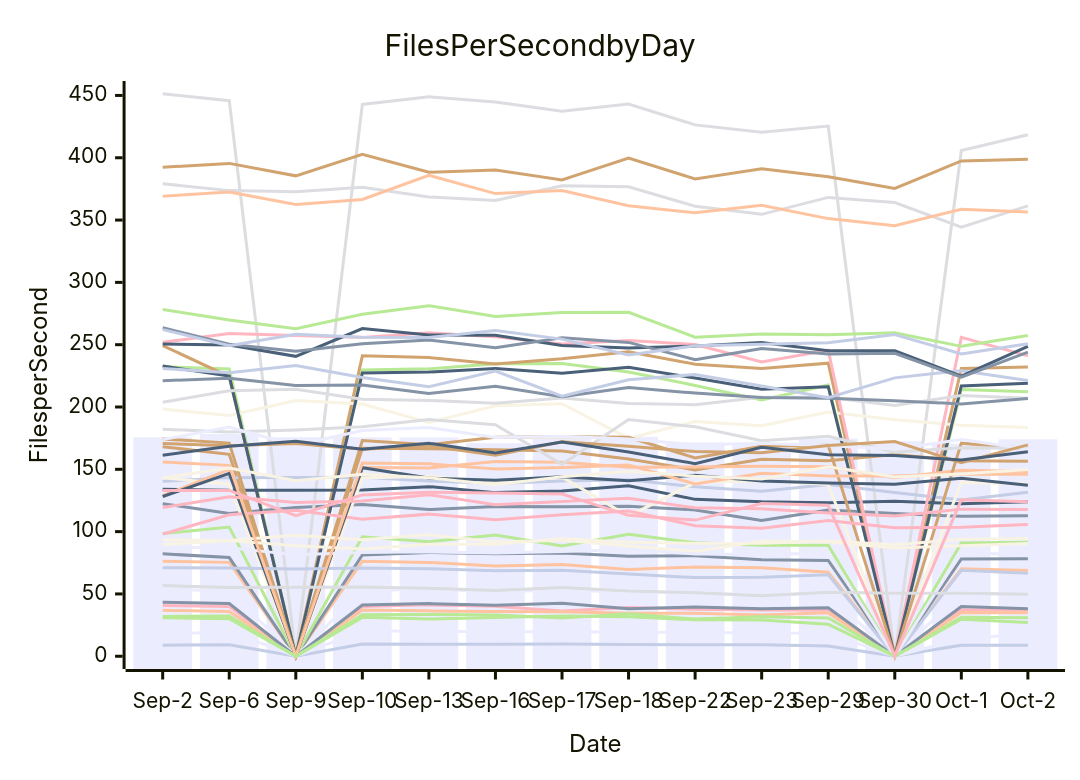
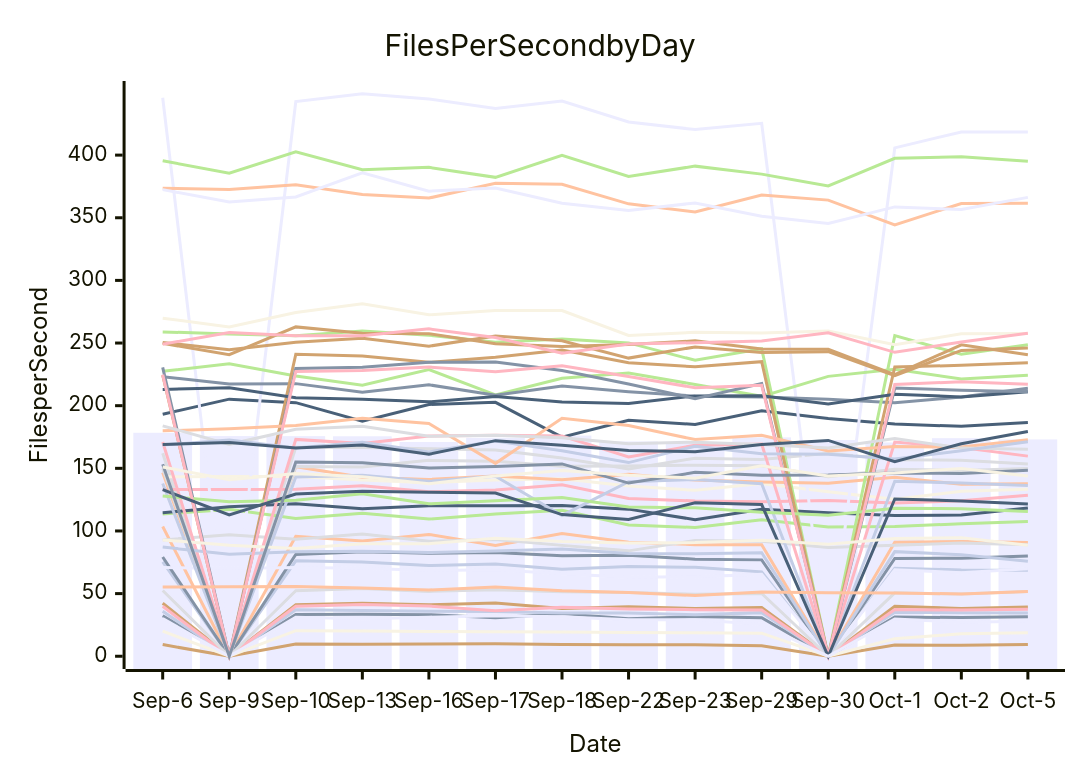
Before and after one commit to streetsidesoftware/cspell: the diagram in perf-report.md, drawn with Mermaid. The commit also changed other lines of this file and 1 other file, not shown here.

````diff
--- a/perf-report.md
+++ b/perf-report.md
@@ -10,56 +10,56 @@
 ```mermaid
 xychart-beta
     title Files Per Second by Day
     y-axis Files per Second
-    x-axis Date [Sep-2, Sep-6, Sep-9, Sep-10, Sep-13, Sep-16, Sep-17, Sep-18, Sep-22, Sep-23, Sep-29, Sep-30, Oct-1, Oct-2]
-    bar [175.68, 178.38, 175.73, 175.70, 175.56, 170.99, 174.42, 176.15, 171.49, 170.60, 174.68, 172.58, 170.62, 174.06]
-    line [122.42, 114.54, 119.33, 121.78, 117.69, 120.09, 120.05, 120.31, 117.43, 109.01, 117.33, 114.51, 112.29, 112.71]
-    line [76.26, 75.33, 0.00, 76.18, 75.30, 72.34, 73.59, 69.54, 71.59, 70.97, 67.35, 0.00, 70.29, 68.90]
-    line [451.36, 445.82, 0.00, 442.79, 448.98, 444.77, 437.29, 443.15, 426.39, 420.42, 425.42, 0.00, 405.76, 418.50]
-    line [232.38, 230.54, 0.00, 229.61, 230.62, 234.72, 234.92, 228.04, 217.32, 205.66, 217.69, 0.00, 214.10, 212.26]
-    line [249.29, 224.39, 0.00, 241.04, 239.64, 234.60, 238.64, 244.36, 234.31, 230.98, 235.16, 0.00, 230.90, 232.18]
-    line [8.92, 9.30, 0.00, 9.85, 9.67, 9.68, 9.92, 9.37, 9.23, 9.26, 8.29, 0.00, 8.90, 8.75]
-    line [40.72, 39.85, 0.00, 39.94, 41.26, 40.08, 36.34, 39.18, 37.74, 37.18, 36.89, 0.00, 37.27, 36.89]
-    line [134.10, 133.16, 133.12, 133.37, 136.08, 131.30, 132.64, 136.81, 125.88, 123.97, 123.26, 124.35, 122.36, 124.05]
-    line [198.37, 193.18, 205.21, 202.42, 187.59, 200.94, 202.64, 174.86, 188.42, 184.98, 195.97, 189.74, 185.35, 183.52]
-    line [17.23, 19.98, 0.00, 20.38, 20.10, 19.75, 19.58, 19.44, 18.99, 18.71, 18.44, 0.00, 13.99, 17.93]
-    line [82.19, 79.19, 0.00, 81.30, 83.34, 82.19, 82.78, 80.29, 80.65, 77.47, 76.93, 0.00, 78.07, 78.18]
-    line [36.83, 35.85, 0.00, 37.06, 36.42, 35.98, 35.70, 34.54, 34.55, 33.11, 34.81, 0.00, 35.17, 34.81]
-    line [379.20, 373.63, 372.65, 376.36, 368.52, 365.71, 377.56, 376.77, 361.09, 354.59, 368.19, 364.07, 344.36, 361.41]
-    line [98.44, 103.61, 0.00, 95.82, 91.96, 97.25, 88.47, 97.89, 91.06, 89.08, 89.06, 0.00, 90.96, 91.55]
-    line [168.11, 162.00, 0.00, 166.81, 166.56, 165.69, 164.68, 158.25, 149.51, 158.09, 156.96, 161.98, 156.93, 156.41]
-    line [140.40, 143.33, 143.38, 143.55, 140.59, 138.57, 140.62, 141.72, 135.93, 132.42, 137.90, 131.39, 125.40, 131.62]
-    line [251.96, 258.89, 257.30, 255.86, 259.52, 256.30, 250.62, 253.31, 250.10, 236.21, 245.48, 0.00, 255.93, 241.02]
-    line [232.84, 224.81, 0.00, 227.34, 228.09, 230.87, 227.16, 231.88, 223.22, 214.31, 216.24, 0.00, 216.91, 219.11]
-    line [143.31, 137.86, 0.00, 143.10, 144.41, 139.70, 143.74, 112.39, 139.33, 141.10, 137.72, 0.00, 139.61, 138.23]
-    line [53.54, 52.52, 0.00, 52.32, 54.12, 51.77, 53.09, 51.40, 50.85, 49.44, 50.07, 0.00, 50.63, 49.63]
-    line [43.29, 42.33, 0.00, 41.15, 42.24, 41.01, 42.53, 38.05, 39.43, 38.14, 38.94, 0.00, 39.96, 38.12]
-    line [128.81, 149.88, 0.00, 151.49, 151.06, 156.36, 155.63, 151.63, 151.94, 152.50, 152.06, 143.32, 149.19, 148.32]
-    line [203.78, 213.00, 214.26, 206.28, 205.22, 203.09, 207.23, 202.88, 201.82, 207.79, 207.90, 201.29, 209.19, 206.95]
-    line [278.30, 269.85, 262.88, 274.40, 281.31, 272.54, 275.91, 275.97, 256.03, 258.54, 258.01, 259.58, 248.67, 257.34]
-    line [174.42, 171.06, 0.00, 173.10, 169.76, 175.73, 176.36, 175.75, 159.14, 168.41, 169.31, 0.00, 170.99, 166.63]
-    line [71.07, 70.80, 70.10, 70.83, 70.27, 68.51, 69.01, 65.91, 63.15, 63.41, 65.35, 0.00, 69.02, 66.69]
-    line [98.03, 113.59, 117.23, 110.00, 114.04, 109.51, 113.51, 116.46, 104.81, 102.79, 108.89, 103.13, 103.52, 105.79]
-    line [128.16, 146.70, 0.00, 151.25, 142.95, 141.14, 143.95, 140.92, 145.29, 140.59, 139.11, 138.01, 142.88, 137.23]
-    line [93.42, 92.85, 96.99, 93.46, 97.52, 91.70, 93.14, 88.50, 84.12, 92.41, 91.76, 86.84, 88.64, 90.41]
-    line [87.46, 87.14, 81.35, 83.34, 83.78, 82.79, 83.96, 85.57, 82.01, 81.81, 82.67, 0.00, 83.49, 80.99]
-    line [221.13, 223.08, 217.30, 217.60, 210.80, 216.66, 208.33, 215.69, 211.15, 207.60, 206.93, 205.06, 202.44, 206.85]
-    line [369.19, 372.46, 362.58, 366.57, 385.92, 371.23, 373.66, 361.57, 355.78, 361.81, 351.17, 345.43, 358.65, 356.52]
-    line [182.17, 179.93, 181.55, 184.12, 189.95, 185.74, 153.97, 189.99, 184.11, 172.95, 176.46, 163.78, 167.39, 166.94]
-    line [31.96, 32.39, 0.00, 33.27, 33.48, 33.18, 30.65, 34.02, 29.87, 31.63, 30.68, 0.00, 31.32, 30.89]
-    line [392.41, 395.48, 385.49, 402.68, 388.38, 390.24, 382.26, 399.81, 383.04, 391.20, 384.82, 375.34, 397.41, 398.74]
-    line [230.93, 227.50, 233.38, 223.69, 216.25, 228.77, 208.66, 221.89, 226.09, 216.90, 207.46, 223.39, 229.16, 221.30]
-    line [119.32, 127.89, 123.29, 124.49, 129.64, 121.66, 124.08, 126.72, 119.08, 118.45, 114.87, 112.49, 118.05, 117.81]
-    line [250.46, 249.77, 240.66, 262.89, 257.78, 257.49, 249.43, 247.25, 248.88, 251.75, 245.20, 245.06, 224.85, 248.59]
-    line [89.68, 92.88, 88.59, 86.05, 89.85, 89.86, 94.27, 91.54, 90.45, 90.71, 92.55, 89.39, 93.96, 94.53]
-    line [173.82, 183.91, 169.15, 181.18, 183.51, 175.60, 176.44, 174.39, 169.65, 170.91, 168.95, 166.28, 173.86, 166.13]
-    line [263.57, 250.38, 244.75, 250.69, 253.77, 247.48, 255.65, 251.83, 237.98, 246.89, 242.54, 243.09, 224.03, 244.08]
-    line [155.92, 153.19, 0.00, 155.03, 154.46, 150.27, 151.44, 153.53, 138.23, 146.78, 144.54, 144.66, 146.29, 145.95]
-    line [56.79, 55.22, 55.40, 55.63, 54.54, 52.86, 55.21, 52.35, 50.94, 48.45, 51.30, 50.59, 50.58, 49.72]
-    line [30.96, 30.04, 0.00, 31.22, 29.93, 31.17, 32.23, 31.60, 29.23, 29.18, 25.62, 0.00, 29.72, 27.11]
-    line [170.71, 168.98, 170.63, 166.15, 168.68, 161.23, 172.09, 168.48, 164.20, 163.31, 169.03, 172.29, 155.24, 169.60]
-    line [262.12, 249.11, 258.37, 255.88, 255.75, 261.30, 254.48, 241.79, 249.14, 250.28, 251.57, 258.18, 242.58, 250.83]
-    line [133.06, 133.03, 112.77, 129.44, 131.63, 130.97, 130.22, 113.06, 109.25, 122.56, 121.09, 0.00, 125.59, 123.97]
-    line [161.33, 168.54, 172.61, 166.17, 170.88, 163.08, 171.82, 163.97, 154.58, 167.67, 161.60, 161.14, 157.44, 164.03]
-    line [143.06, 151.08, 140.90, 145.94, 143.19, 137.67, 143.95, 148.30, 144.49, 142.14, 152.04, 143.84, 146.29, 149.93]
+    x-axis Date [Sep-6, Sep-9, Sep-10, Sep-13, Sep-16, Sep-17, Sep-18, Sep-22, Sep-23, Sep-29, Sep-30, Oct-1, Oct-2, Oct-5]
+    bar [178.38, 175.73, 175.70, 175.56, 170.99, 174.42, 176.15, 171.49, 170.60, 174.68, 172.58, 170.62, 174.06, 173.05]
+    line [32.39, 0.00, 33.27, 33.48, 33.18, 30.65, 34.02, 29.87, 31.63, 30.68, 0.00, 31.32, 30.89, 31.47]
+    line [103.61, 0.00, 95.82, 91.96, 97.25, 88.47, 97.89, 91.06, 89.08, 89.06, 0.00, 90.96, 91.55, 90.76]
+    line [162.00, 0.00, 166.81, 166.56, 165.69, 164.68, 158.25, 149.51, 158.09, 156.96, 161.98, 156.93, 156.41, 153.54]
+    line [113.59, 117.23, 110.00, 114.04, 109.51, 113.51, 116.46, 104.81, 102.79, 108.89, 103.13, 103.52, 105.79, 107.52]
+    line [42.33, 0.00, 41.15, 42.24, 41.01, 42.53, 38.05, 39.43, 38.14, 38.94, 0.00, 39.96, 38.12, 39.37]
+    line [75.33, 0.00, 76.18, 75.30, 72.34, 73.59, 69.54, 71.59, 70.97, 67.35, 0.00, 70.29, 68.90, 68.74]
+    line [133.16, 133.12, 133.37, 136.08, 131.30, 132.64, 136.81, 125.88, 123.97, 123.26, 124.35, 122.36, 124.05, 128.49]
+    line [193.18, 205.21, 202.42, 187.59, 200.94, 202.64, 174.86, 188.42, 184.98, 195.97, 189.74, 185.35, 183.52, 186.59]
+    line [143.33, 143.38, 143.55, 140.59, 138.57, 140.62, 141.72, 135.93, 132.42, 137.90, 131.39, 125.40, 131.62, 133.27]
+    line [445.82, 0.00, 442.79, 448.98, 444.77, 437.29, 443.15, 426.39, 420.42, 425.42, 0.00, 405.76, 418.50, 418.54]
+    line [79.19, 0.00, 81.30, 83.34, 82.19, 82.78, 80.29, 80.65, 77.47, 76.93, 0.00, 78.07, 78.18, 80.05]
+    line [146.70, 0.00, 151.25, 142.95, 141.14, 143.95, 140.92, 145.29, 140.59, 139.11, 138.01, 142.88, 137.23, 137.72]
+    line [149.88, 0.00, 151.49, 151.06, 156.36, 155.63, 151.63, 151.94, 152.50, 152.06, 143.32, 149.19, 148.32, 149.93]
+    line [227.50, 233.38, 223.69, 216.25, 228.77, 208.66, 221.89, 226.09, 216.90, 207.46, 223.39, 229.16, 221.30, 224.33]
+    line [9.30, 0.00, 9.85, 9.67, 9.68, 9.92, 9.37, 9.23, 9.26, 8.29, 0.00, 8.90, 8.75, 9.44]
+    line [35.85, 0.00, 37.06, 36.42, 35.98, 35.70, 34.54, 34.55, 33.11, 34.81, 0.00, 35.17, 34.81, 34.49]
+    line [39.85, 0.00, 39.94, 41.26, 40.08, 36.34, 39.18, 37.74, 37.18, 36.89, 0.00, 37.27, 36.89, 37.56]
+    line [114.54, 119.33, 121.78, 117.69, 120.09, 120.05, 120.31, 117.43, 109.01, 117.33, 114.51, 112.29, 112.71, 118.33]
+    line [19.98, 0.00, 20.38, 20.10, 19.75, 19.58, 19.44, 18.99, 18.71, 18.44, 0.00, 13.99, 17.93, 18.73]
+    line [70.80, 70.10, 70.83, 70.27, 68.51, 69.01, 65.91, 63.15, 63.41, 65.35, 0.00, 69.02, 66.69, 69.77]
+    line [223.08, 217.30, 217.60, 210.80, 216.66, 208.33, 215.69, 211.15, 207.60, 206.93, 205.06, 202.44, 206.85, 213.87]
+    line [373.63, 372.65, 376.36, 368.52, 365.71, 377.56, 376.77, 361.09, 354.59, 368.19, 364.07, 344.36, 361.41, 361.66]
+    line [92.85, 96.99, 93.46, 97.52, 91.70, 93.14, 88.50, 84.12, 92.41, 91.76, 86.84, 88.64, 90.41, 89.06]
+    line [258.89, 257.30, 255.86, 259.52, 256.30, 250.62, 253.31, 250.10, 236.21, 245.48, 0.00, 255.93, 241.02, 248.68]
+    line [224.39, 0.00, 241.04, 239.64, 234.60, 238.64, 244.36, 234.31, 230.98, 235.16, 0.00, 230.90, 232.18, 234.32]
+    line [137.86, 0.00, 143.10, 144.41, 139.70, 143.74, 112.39, 139.33, 141.10, 137.72, 0.00, 139.61, 138.23, 136.33]
+    line [171.06, 0.00, 173.10, 169.76, 175.73, 176.36, 175.75, 159.14, 168.41, 169.31, 0.00, 170.99, 166.63, 159.73]
+    line [213.00, 214.26, 206.28, 205.22, 203.09, 207.23, 202.88, 201.82, 207.79, 207.90, 201.29, 209.19, 206.95, 211.07]
+    line [269.85, 262.88, 274.40, 281.31, 272.54, 275.91, 275.97, 256.03, 258.54, 258.01, 259.58, 248.67, 257.34, 257.64]
+    line [372.46, 362.58, 366.57, 385.92, 371.23, 373.66, 361.57, 355.78, 361.81, 351.17, 345.43, 358.65, 356.52, 366.28]
+    line [230.54, 0.00, 229.61, 230.62, 234.72, 234.92, 228.04, 217.32, 205.66, 217.69, 0.00, 214.10, 212.26, 211.21]
+    line [179.93, 181.55, 184.12, 189.95, 185.74, 153.97, 189.99, 184.11, 172.95, 176.46, 163.78, 167.39, 166.94, 172.72]
+    line [52.52, 0.00, 52.32, 54.12, 51.77, 53.09, 51.40, 50.85, 49.44, 50.07, 0.00, 50.63, 49.63, 51.70]
+    line [127.89, 123.29, 124.49, 129.64, 121.66, 124.08, 126.72, 119.08, 118.45, 114.87, 112.49, 118.05, 117.81, 115.62]
+    line [249.77, 240.66, 262.89, 257.78, 257.49, 249.43, 247.25, 248.88, 251.75, 245.20, 245.06, 224.85, 248.59, 240.70]
+    line [87.14, 81.35, 83.34, 83.78, 82.79, 83.96, 85.57, 82.01, 81.81, 82.67, 0.00, 83.49, 80.99, 75.90]
+    line [224.81, 0.00, 227.34, 228.09, 230.87, 227.16, 231.88, 223.22, 214.31, 216.24, 0.00, 216.91, 219.11, 217.12]
+    line [133.03, 112.77, 129.44, 131.63, 130.97, 130.22, 113.06, 109.25, 122.56, 121.09, 0.00, 125.59, 123.97, 121.50]
+    line [92.88, 88.59, 86.05, 89.85, 89.86, 94.27, 91.54, 90.45, 90.71, 92.55, 89.39, 93.96, 94.53, 88.69]
+    line [30.04, 0.00, 31.22, 29.93, 31.17, 32.23, 31.60, 29.23, 29.18, 25.62, 0.00, 29.72, 27.11, 28.02]
+    line [153.19, 0.00, 155.03, 154.46, 150.27, 151.44, 153.53, 138.23, 146.78, 144.54, 144.66, 146.29, 145.95, 148.55]
+    line [55.22, 55.40, 55.63, 54.54, 52.86, 55.21, 52.35, 50.94, 48.45, 51.30, 50.59, 50.58, 49.72, 51.63]
+    line [183.91, 169.15, 181.18, 183.51, 175.60, 176.44, 174.39, 169.65, 170.91, 168.95, 166.28, 173.86, 166.13, 165.18]
+    line [395.48, 385.49, 402.68, 388.38, 390.24, 382.26, 399.81, 383.04, 391.20, 384.82, 375.34, 397.41, 398.74, 395.08]
+    line [250.38, 244.75, 250.69, 253.77, 247.48, 255.65, 251.83, 237.98, 246.89, 242.54, 243.09, 224.03, 244.08, 245.97]
+    line [168.54, 172.61, 166.17, 170.88, 163.08, 171.82, 163.97, 154.58, 167.67, 161.60, 161.14, 157.44, 164.03, 171.28]
+    line [249.11, 258.37, 255.88, 255.75, 261.30, 254.48, 241.79, 249.14, 250.28, 251.57, 258.18, 242.58, 250.83, 257.84]
+    line [168.98, 170.63, 166.15, 168.68, 161.23, 172.09, 168.48, 164.20, 163.31, 169.03, 172.29, 155.24, 169.60, 179.42]
+    line [151.08, 140.90, 145.94, 143.19, 137.67, 143.95, 148.30, 144.49, 142.14, 152.04, 143.84, 146.29, 149.93, 143.84]
 ```
````
